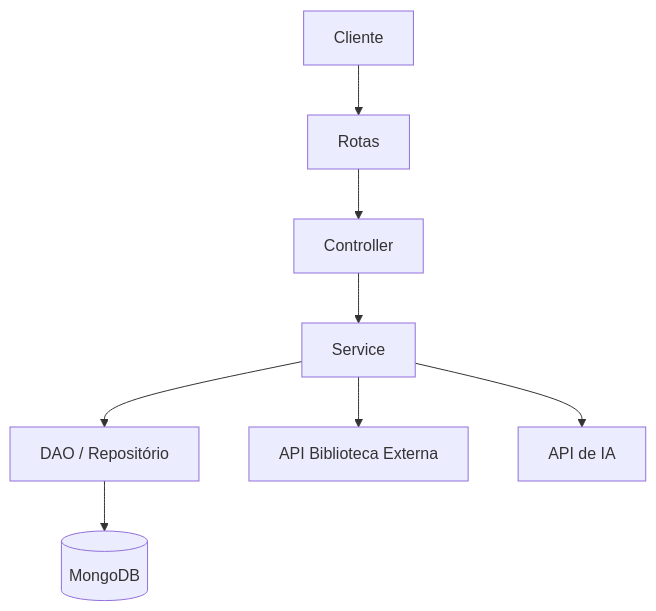
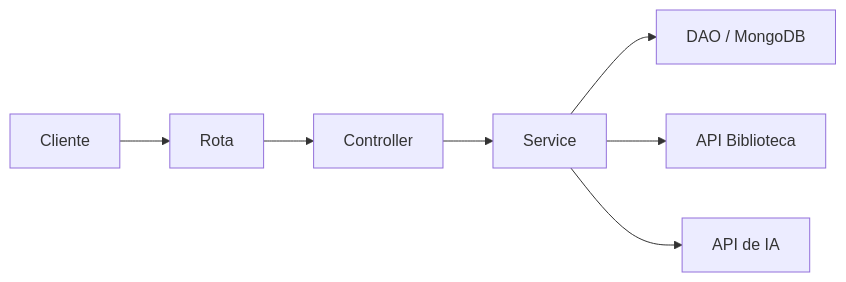
The diagram in README.md (1GabrielReis/Catalogo-de-Livro), drawn with Mermaid before and after one commit. The commit also changed other lines of this file, not shown here.

````diff
--- a/README.md
+++ b/README.md
@@ -61,10 +32,7 @@
 ```mermaid
-flowchart TD
-    Cliente --> Rotas
-    Rotas --> Controller
-    Controller --> Service
-    Service --> Repositorio[DAO / Repositório]
-    Service --> BibliotecaAPI[API Biblioteca Externa]
-    Service --> IAAPI[API de IA]
-    Repositorio --> MongoDB[(MongoDB)]
+flowchart LR
+    Cliente --> Rota --> Controller --> Service
+    Service --> DAO[DAO / MongoDB]
+    Service --> Biblioteca[API Biblioteca]
+    Service --> IA[API de IA]
 ```
````
